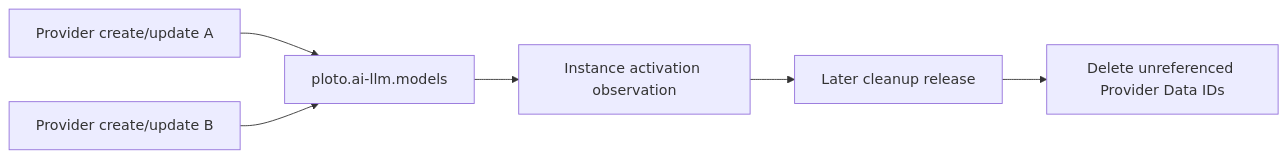
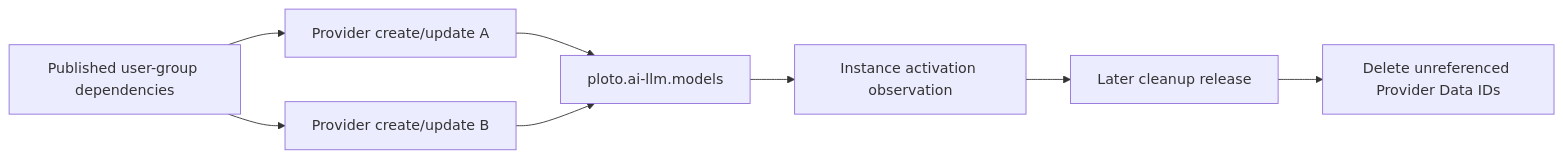
One commit to fiber-net-gateway/ai-gateway changed the sixth of 6 diagrams in docs/model-marketplace-design.md. Above: the diagram before and after it, drawn with Mermaid. The commit also changed other lines of this file and 32 other files, not shown here.

````diff
--- a/docs/model-marketplace-design.md
+++ b/docs/model-marketplace-design.md
@@ -1310,8 +1324,10 @@
 ```mermaid
 flowchart LR
+    G[Published user-group dependencies] --> P1
+    G --> P2
     P1[Provider create/update A] --> M[ploto.ai-llm.models]
     P2[Provider create/update B] --> M
     M --> A[Instance activation observation]
     A --> C[Later cleanup release]
     C --> D[Delete unreferenced Provider Data IDs]
 ```
````
